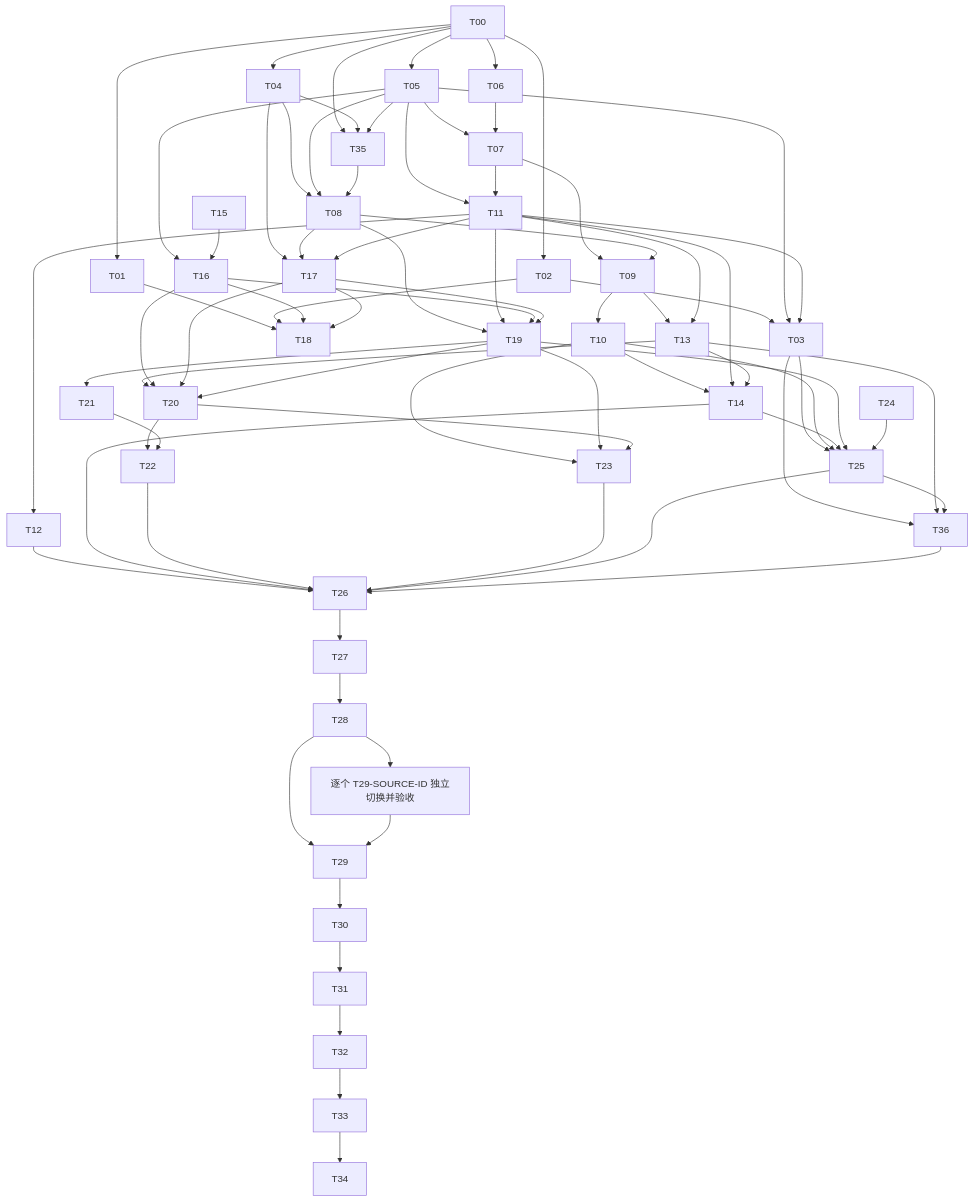
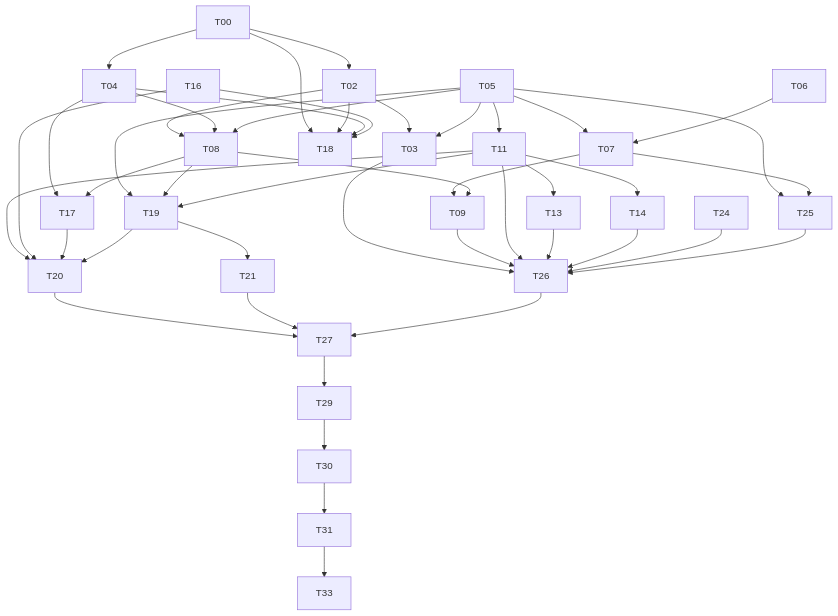
One commit to CoderLambert/news-aggregator changed the diagram in docs/plans/rss-engine-migration/DEPENDENCIES.md. Above: the diagram before and after it, drawn with Mermaid. The commit also changed other lines of this file and 129 other files, not shown here.

````diff
--- a/docs/plans/rss-engine-migration/DEPENDENCIES.md
+++ b/docs/plans/rss-engine-migration/DEPENDENCIES.md
@@ -5,77 +5,52 @@
 ```mermaid
 flowchart TD
-  T00 --> T01
+  T00
+  T05
+  T06
+  T16
+  T24
   T00 --> T02
   T02 --> T03
   T05 --> T03
-  T11 --> T03
   T00 --> T04
-  T00 --> T05
-  T00 --> T06
   T05 --> T07
   T06 --> T07
+  T02 --> T08
   T04 --> T08
   T05 --> T08
-  T35 --> T08
   T07 --> T09
   T08 --> T09
-  T09 --> T10
   T05 --> T11
-  T07 --> T11
-  T11 --> T12
-  T09 --> T13
   T11 --> T13
-  T10 --> T14
   T11 --> T14
-  T13 --> T14
-  T05 --> T16
-  T15 --> T16
   T04 --> T17
   T08 --> T17
-  T11 --> T17
-  T01 --> T18
+  T00 --> T18
   T02 --> T18
+  T04 --> T18
   T16 --> T18
-  T17 --> T18
+  T05 --> T19
   T08 --> T19
   T11 --> T19
-  T16 --> T19
-  T17 --> T19
-  T13 --> T20
+  T11 --> T20
   T16 --> T20
   T17 --> T20
   T19 --> T20
   T19 --> T21
-  T20 --> T22
-  T21 --> T22
-  T10 --> T23
-  T19 --> T23
-  T20 --> T23
-  T03 --> T25
-  T10 --> T25
-  T14 --> T25
-  T19 --> T25
-  T24 --> T25
-  T12 --> T26
+  T05 --> T25
+  T07 --> T25
+  T03 --> T26
+  T09 --> T26
+  T11 --> T26
+  T13 --> T26
   T14 --> T26
-  T22 --> T26
-  T23 --> T26
+  T24 --> T26
   T25 --> T26
-  T36 --> T26
+  T20 --> T27
+  T21 --> T27
   T26 --> T27
-  T27 --> T28
-  T28 --> T29
+  T27 --> T29
   T29 --> T30
   T30 --> T31
-  T31 --> T32
-  T32 --> T33
-  T33 --> T34
-  T00 --> T35
-  T04 --> T35
-  T05 --> T35
-  T03 --> T36
-  T13 --> T36
-  T25 --> T36
-  T28 --> S_ALL["逐个 T29-SOURCE-ID 独立切换并验收"]
-  S_ALL --> T29
+  T31 --> T33
 ```
````
